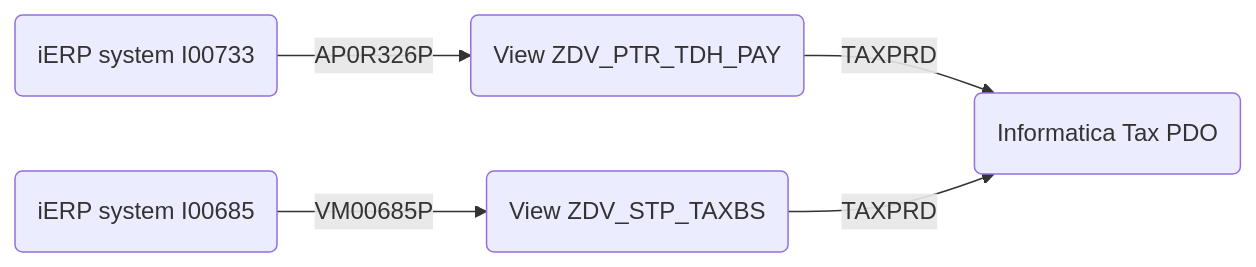
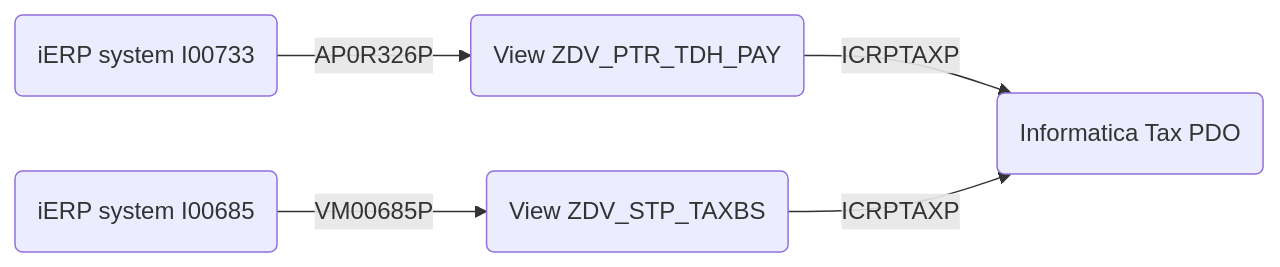
The fourth of 4 diagrams in users.MD (adorn4711/hello-world), drawn with Mermaid before and after one commit. The commit also changed other lines of this file, not shown here.

````diff
--- a/users.MD
+++ b/users.MD
@@ -24,8 +61,8 @@
 ```mermaid
 flowchart LR
     I00733(iERP system I00733)--AP0R326P -->ViewI00733( View ZDV_PTR_TDH_PAY)
-    ViewI00733-- TAXPRD -->IICS(Informatica Tax PDO)
+    ViewI00733-- ICRPTAXP -->IICS(Informatica Tax PDO)
     I00685(iERP system I00685)--VM00685P -->ViewI00685(View ZDV_STP_TAXBS)
-    ViewI00685-- TAXPRD -->IICS
+    ViewI00685-- ICRPTAXP -->IICS
 
 ```    
````
